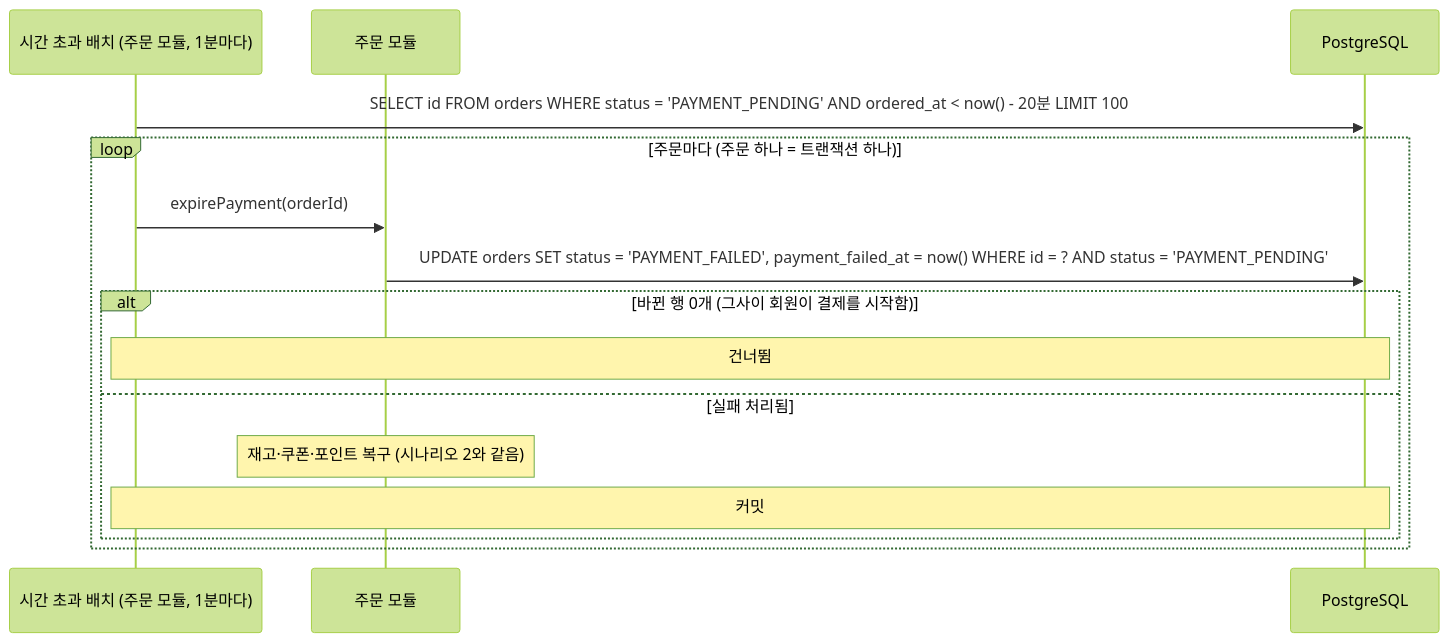
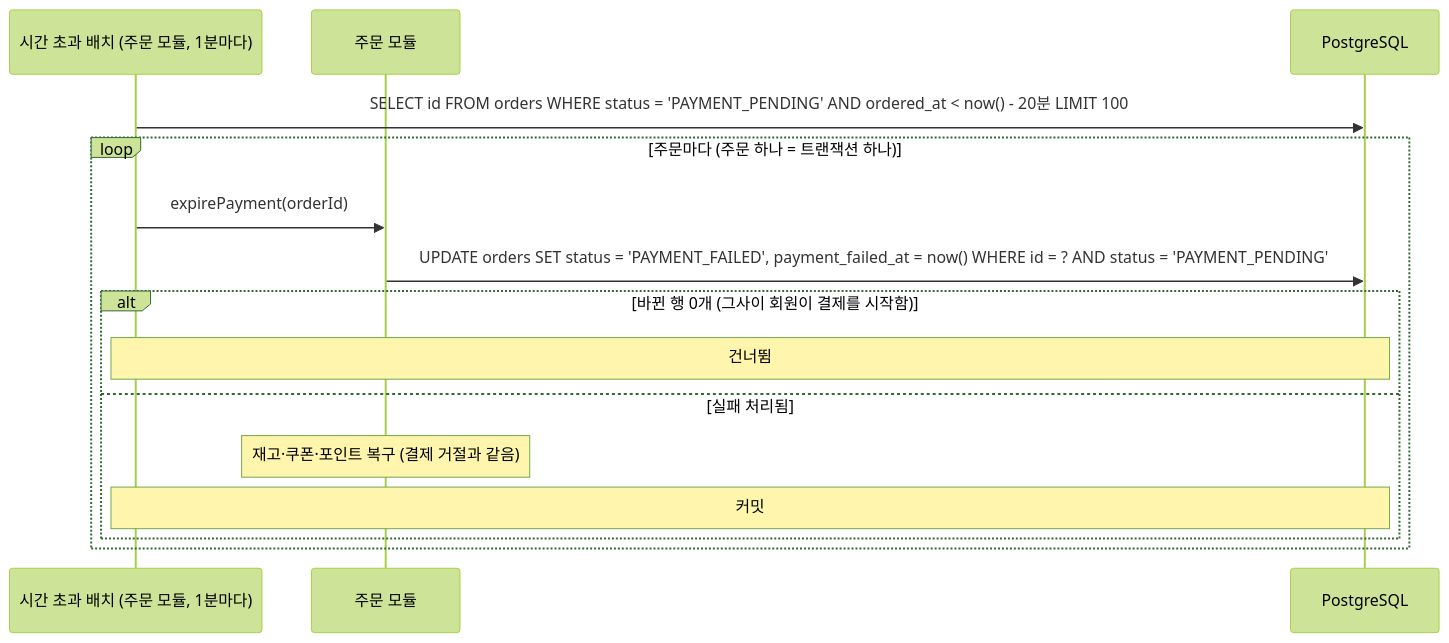
Before and after one commit to KAPUIST/flash-gate: the third of 6 diagrams in docs/features/payment/flows.md, drawn with Mermaid (forest theme). The commit also changed other lines of this file and 33 other files, not shown here.

````diff
--- a/docs/features/payment/flows.md
+++ b/docs/features/payment/flows.md
@@ -96,18 +96,18 @@
 ```mermaid
 sequenceDiagram
     participant B as 시간 초과 배치 (주문 모듈, 1분마다)
     participant O as 주문 모듈
     participant D as PostgreSQL
 
     B->>D: SELECT id FROM orders WHERE status = 'PAYMENT_PENDING' AND ordered_at < now() - 20분 LIMIT 100
     loop 주문마다 (주문 하나 = 트랜잭션 하나)
         B->>O: expirePayment(orderId)
         O->>D: UPDATE orders SET status = 'PAYMENT_FAILED', payment_failed_at = now() WHERE id = ? AND status = 'PAYMENT_PENDING'
         alt 바뀐 행 0개 (그사이 회원이 결제를 시작함)
             Note over B,D: 건너뜀
         else 실패 처리됨
-            Note over O: 재고·쿠폰·포인트 복구 (시나리오 2와 같음)
+            Note over O: 재고·쿠폰·포인트 복구 (결제 거절과 같음)
             Note over B,D: 커밋
         end
     end
 ```
````
